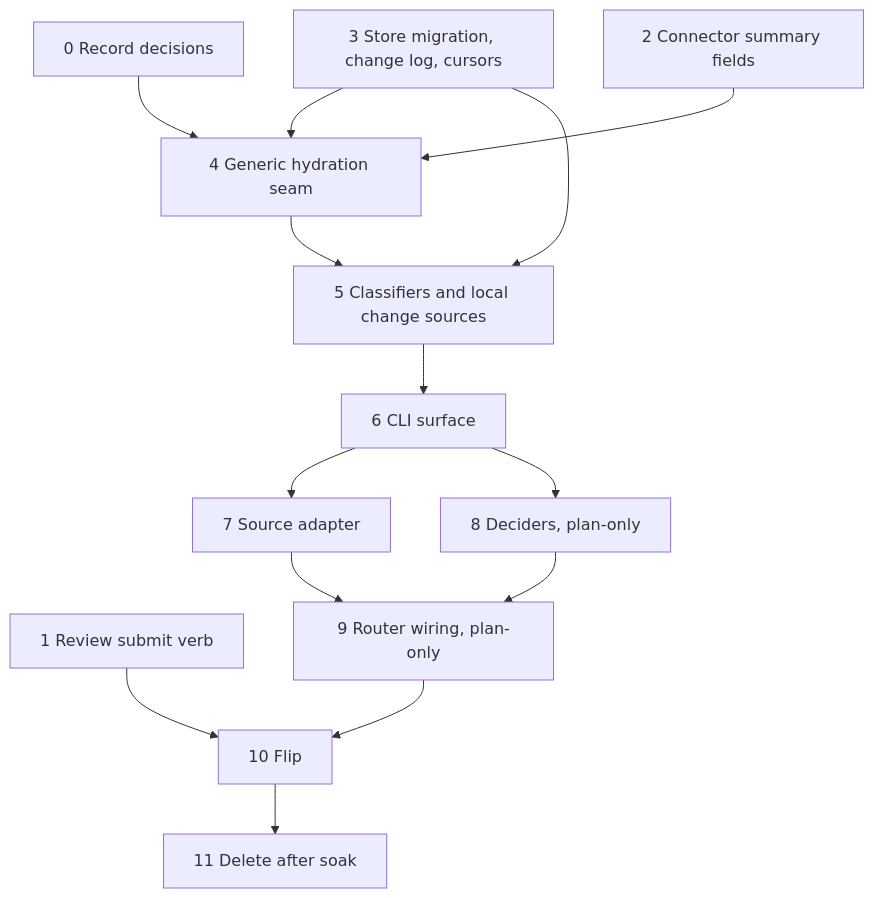
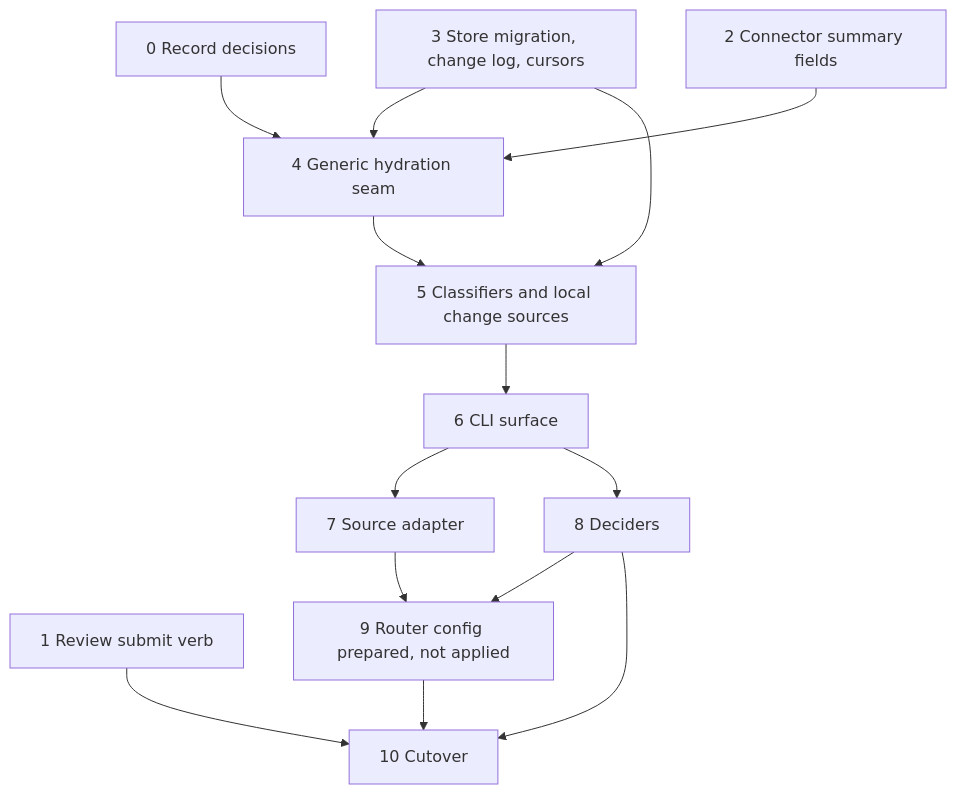
One commit to phillipgreenii/nix-agent-support changed the diagram in docs/superpowers/plans/2026-09-29-entity-change-flow-implementation-plan.md. Above: the diagram before and after it, drawn with Mermaid. The commit also changed other lines of this file and 1 other file, not shown here.

Commit message:
docs: simplify migration to a stop-the-world cutover; drop shadow run, dual-write and soak

````diff
--- a/docs/superpowers/plans/2026-09-29-entity-change-flow-implementation-plan.md
+++ b/docs/superpowers/plans/2026-09-29-entity-change-flow-implementation-plan.md
@@ -86,28 +83,27 @@
 ```mermaid
 flowchart TD
     P0["0 Record decisions"]
     P1["1 Review submit verb"]
     P2["2 Connector summary fields"]
     P3["3 Store migration, change log, cursors"]
     P4["4 Generic hydration seam"]
     P5["5 Classifiers and local change sources"]
     P6["6 CLI surface"]
     P7["7 Source adapter"]
-    P8["8 Deciders, plan-only"]
-    P9["9 Router wiring, plan-only"]
-    P10["10 Flip"]
-    P11["11 Delete after soak"]
+    P8["8 Deciders"]
+    P9["9 Router config prepared, not applied"]
+    P10["10 Cutover"]
     P0 --> P4
     P2 --> P4
     P3 --> P4
     P3 --> P5
     P4 --> P5
     P5 --> P6
     P6 --> P7
     P6 --> P8
     P1 --> P10
     P7 --> P9
     P8 --> P9
+    P8 --> P10
     P9 --> P10
-    P10 --> P11
 ```
````
